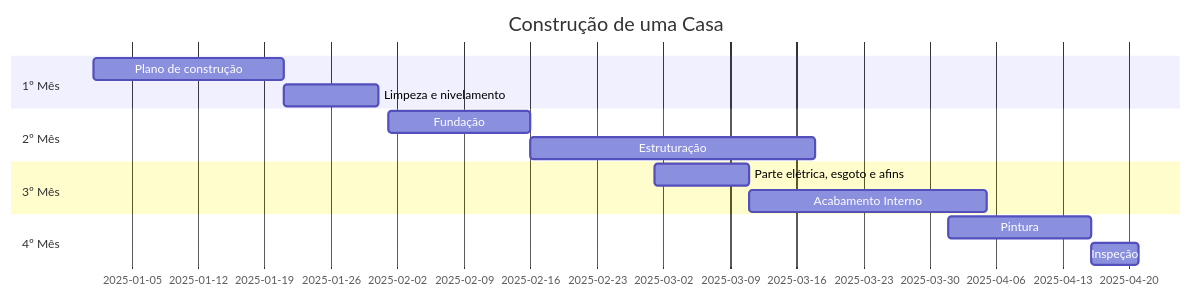
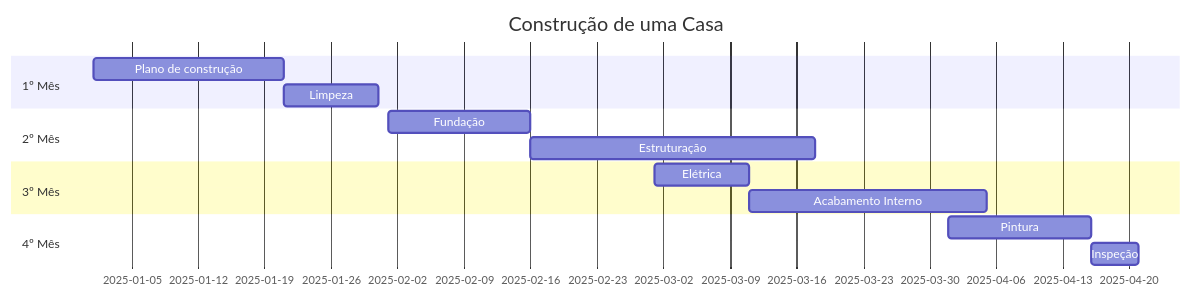
Before and after one commit to Richardo-o/grafico_g: the fifth of 5 diagrams in README.md, drawn with Mermaid.

````diff
--- a/README.md
+++ b/README.md
@@ -42,21 +42,22 @@
 ```mermaid
 gantt
     title Construção de uma Casa
     dateFormat  YYYY-MM-DD
 
     section 1º Mês
-    Plano de construção:a1, 2025-01-01, 20d
-    Limpeza e nivelamento:a2, after a1, 10d
+    Plano de construção        :a1, 2025-01-01, 20d
+    Limpeza     :a2, after a1, 10d
 
     section 2º Mês
-    Fundação:a3, 2025-02-01, 15d
-    Estruturação:a4, after a3, 30d
+    Fundação                   :a3, 2025-02-01, 15d
+    Estruturação               :a4, after a3, 30d
 
     section 3º Mês
-    Parte elétrica, esgoto e afins :a5, 2025-03-01, 10d
-    Acabamento Interno:a6, after a5, 25d
+    Elétrica     :a5, 2025-03-01, 10d
+    Acabamento Interno         :a6, after a5, 25d
 
     section 4º Mês
-    Pintura:a7, 2025-04-01, 15d
-    Inspeção: a8, after a7, 5d
+    Pintura                    :a7, 2025-04-01, 15d
+    Inspeção                   :a8, after a7, 5d
+
 ```
````
